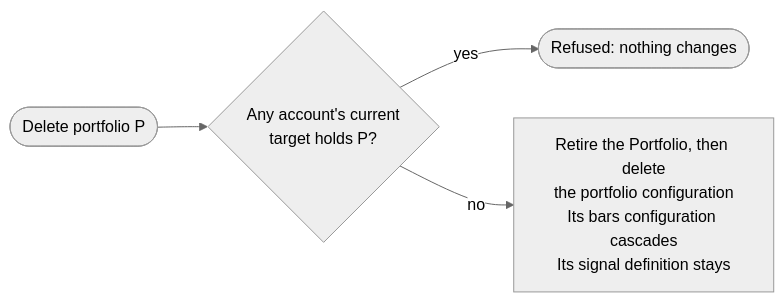
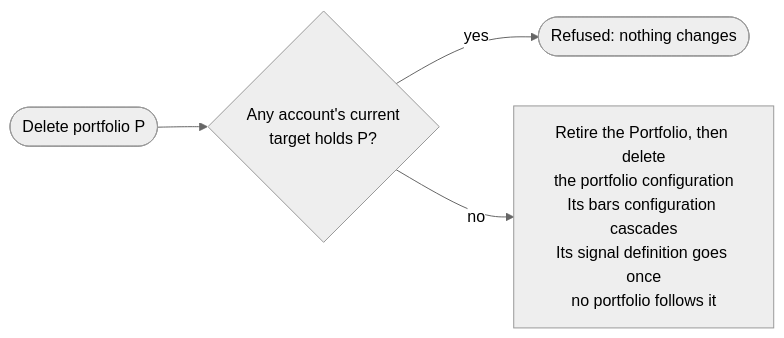
One commit to mainsequence-projects/alpaca-connectors changed the third of 4 diagrams in docs/adrs/0028_every_portfolio_belongs_to_one_account.md. Above: the diagram before and after it, drawn with Mermaid (neutral theme). The commit also changed other lines of this file and 18 other files, not shown here.

````diff
--- a/docs/adrs/0028_every_portfolio_belongs_to_one_account.md
+++ b/docs/adrs/0028_every_portfolio_belongs_to_one_account.md
@@ -370,6 +374,6 @@
 ```mermaid
 flowchart LR
     start(["Delete portfolio P"]) --> held{"Any account's current<br/>target holds P?"}
     held -- "yes" --> refused(["Refused: nothing changes"])
-    held -- "no" --> finish["Retire the Portfolio, then delete<br/>the portfolio configuration<br/>Its bars configuration cascades<br/>Its signal definition stays"]
+    held -- "no" --> finish["Retire the Portfolio, then delete<br/>the portfolio configuration<br/>Its bars configuration cascades<br/>Its signal definition goes once<br/>no portfolio follows it"]
 ```
````
